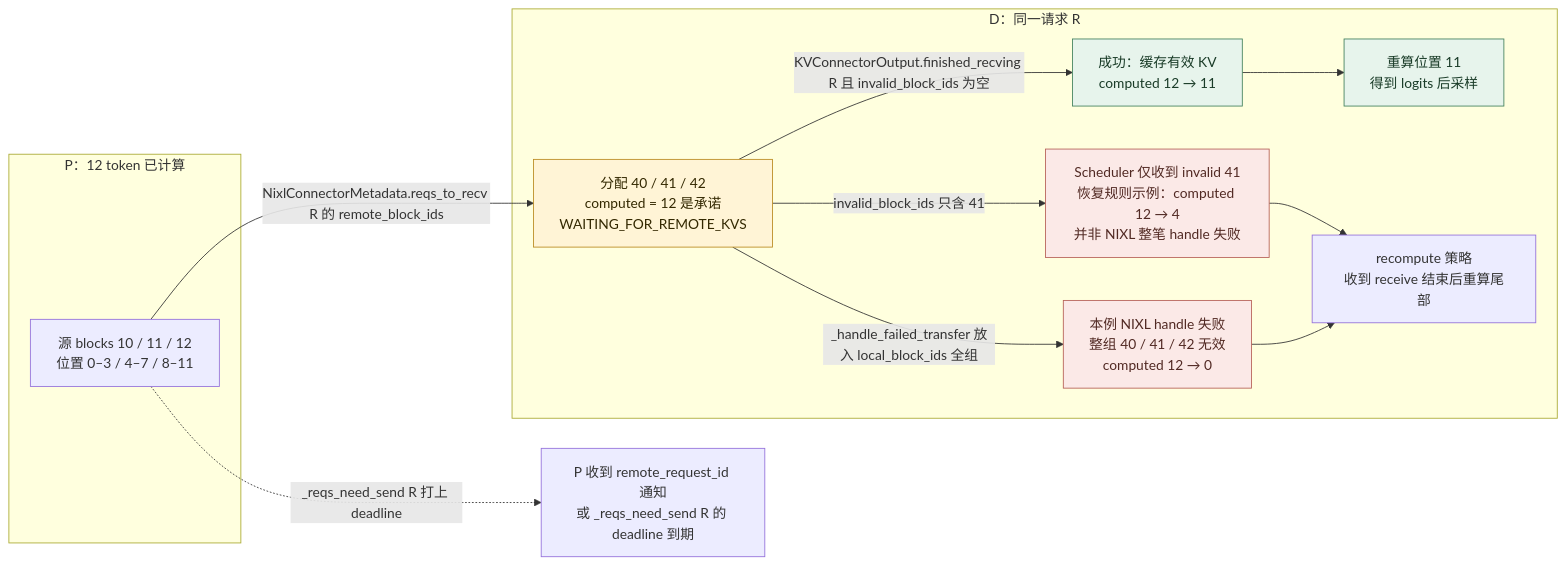
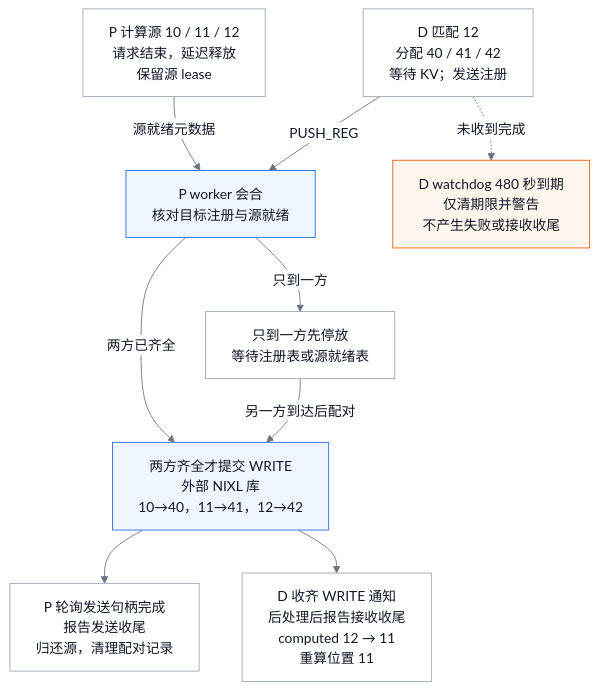
Before and after one commit to suhaibo666/llm-knowledge: the fourth of 10 diagrams in wiki/02_engineering/03_infer_frameworks/vllm/22_vllm_disaggregated_kv_serving_analysis.md, drawn with Mermaid. The commit also changed other lines of this file and 11 other files, not shown here.

````diff
--- a/wiki/02_engineering/03_infer_frameworks/vllm/22_vllm_disaggregated_kv_serving_analysis.md
+++ b/wiki/02_engineering/03_infer_frameworks/vllm/22_vllm_disaggregated_kv_serving_analysis.md
@@ -255,29 +363,26 @@
 ```mermaid
-flowchart LR
-  subgraph P["P：12 token 已计算"]
-    S["源 blocks 10 / 11 / 12<br/>位置 0–3 / 4–7 / 8–11"]
-  end
-  subgraph D["D：同一请求 R"]
-    A["分配 40 / 41 / 42<br/>computed = 12 是承诺<br/>WAITING_FOR_REMOTE_KVS"]
-    V["成功：缓存有效 KV<br/>computed 12 → 11"]
-    C["重算位置 11<br/>得到 logits 后采样"]
-    F["Scheduler 仅收到 invalid 41<br/>恢复规则示例：computed 12 → 4<br/>并非 NIXL 整笔 handle 失败"]
-    R["recompute 策略<br/>收到 receive 结束后重算尾部"]
-  H["本例 NIXL handle 失败<br/>整组 40 / 41 / 42 无效<br/>computed 12 → 0"]
-  end
-  S -->|NixlConnectorMetadata.reqs_to_recv R 的 remote_block_ids| A
-  A -->|KVConnectorOutput.finished_recving R 且 invalid_block_ids 为空| V
-  V --> C
-  A -->|invalid_block_ids 只含 41| F
-  F --> R
-  A -->|_handle_failed_transfer 放入 local_block_ids 全组| H
-  H --> R
-  N["P 收到 remote_request_id 通知<br/>或 _reqs_need_send R 的 deadline 到期"]
-  S -.->|_reqs_need_send R 打上 deadline| N
-  classDef pending fill:#fff4d6,stroke:#ba8b21,color:#332800;
-  classDef ready fill:#e7f4ec,stroke:#43815c,color:#193b27;
-  classDef failed fill:#fbe9e7,stroke:#b66057,color:#512923;
-  class A pending;
-  class V,C ready;
-  class F,H failed;
+%%{init: {"theme":"base","themeVariables":{"primaryColor":"#ffffff","primaryTextColor":"#111827","primaryBorderColor":"#9ca3af","secondaryColor":"#f9fafb","tertiaryColor":"#f9fafb","lineColor":"#6b7280","clusterBkg":"#f9fafb","clusterBorder":"#9ca3af","edgeLabelBackground":"#ffffff","actorBkg":"#ffffff","actorBorder":"#9ca3af","actorTextColor":"#111827","actorLineColor":"#9ca3af","signalColor":"#374151","signalTextColor":"#111827","noteBkgColor":"#fff7ed","noteBorderColor":"#ea580c","noteTextColor":"#111827","labelBoxBkgColor":"#f9fafb","labelBoxBorderColor":"#9ca3af","labelTextColor":"#111827","loopTextColor":"#111827"}}}%%
+flowchart TB
+  D["D 匹配 12<br/>分配 40 / 41 / 42<br/>等待 KV；发送注册"]
+  P["P 计算源 10 / 11 / 12<br/>请求结束，延迟释放<br/>保留源 lease"]
+  M["P worker 会合<br/>核对目标注册与源就绪"]
+  H["只到一方先停放<br/>等待注册表或源就绪表"]
+  W["两方齐全才提交 WRITE<br/>外部 NIXL 库<br/>10→40，11→41，12→42"]
+  PF["P 轮询发送句柄完成<br/>报告发送收尾<br/>归还源，清理配对记录"]
+  DF["D 收齐 WRITE 通知<br/>后处理后报告接收收尾<br/>computed 12 → 11<br/>重算位置 11"]
+  T["D watchdog 480 秒到期<br/>仅清期限并警告<br/>不产生失败或接收收尾"]
+  D -->|PUSH_REG| M
+  P -->|源就绪元数据| M
+  M -->|只到一方| H
+  H -->|另一方到达后配对| W
+  M -->|两方已齐全| W
+  W --> PF
+  W --> DF
+  D -.->|未收到完成| T
+  classDef neutral fill:#fff,stroke:#9ca3af,color:#111827;
+  classDef acc1 fill:#eff6ff,stroke:#2563eb,color:#111827;
+  classDef acc2 fill:#fff7ed,stroke:#ea580c,color:#111827;
+  class D,P,H,PF,DF neutral;
+  class M,W acc1;
+  class T acc2;
 ```
````
